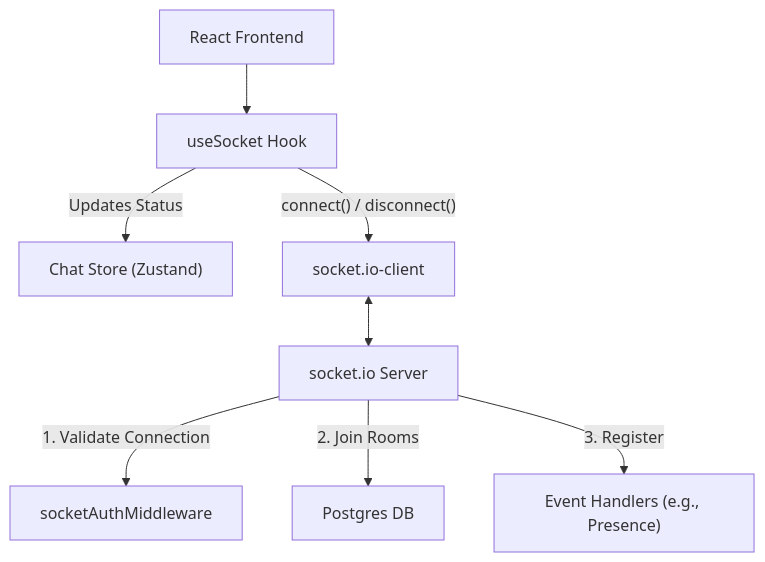
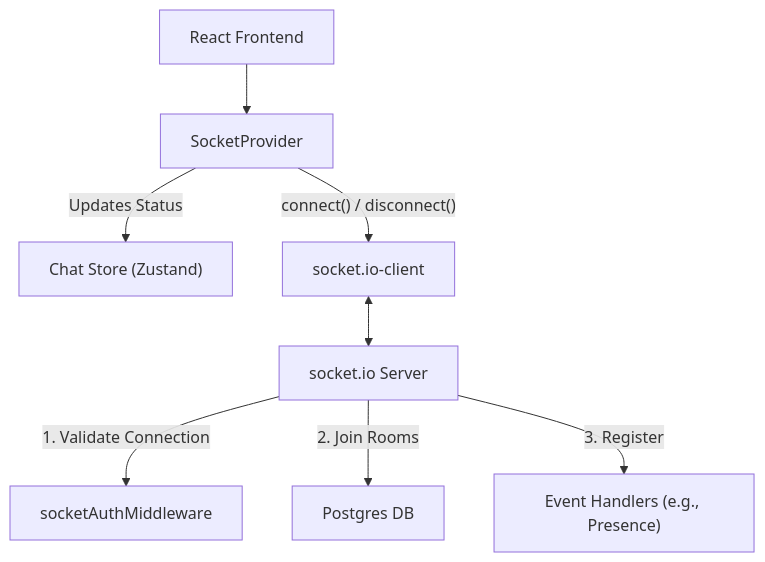
One commit to Kashyap-empiric/Nexus changed the second of 2 diagrams in .docs/modules/socket.md. Above: the diagram before and after it, drawn with Mermaid. The commit also changed other lines of this file and 55 other files, not shown here.

Commit message:
feat(socket): socket connection now from client to server to fanout

````diff
--- a/.docs/modules/socket.md
+++ b/.docs/modules/socket.md
@@ -33,19 +33,19 @@
 ```mermaid
 flowchart TD
     Client["React Frontend"]
-    SocketHook["useSocket Hook"]
+    SocketProv["SocketProvider"]
     Zustand["Chat Store (Zustand)"]
     SocketLib["socket.io-client"]
     Server["socket.io Server"]
     AuthMiddle["socketAuthMiddleware"]
     Handlers["Event Handlers (e.g., Presence)"]
     DB["Postgres DB"]
 
-    Client --> SocketHook
-    SocketHook -->|"Updates Status"| Zustand
-    SocketHook -->|"connect() / disconnect()"| SocketLib
+    Client --> SocketProv
+    SocketProv -->|"Updates Status"| Zustand
+    SocketProv -->|"connect() / disconnect()"| SocketLib
     SocketLib <--> Server
     Server -->|"1. Validate Connection"| AuthMiddle
     Server -->|"2. Join Rooms"| DB
     Server -->|"3. Register"| Handlers
 ```
````
